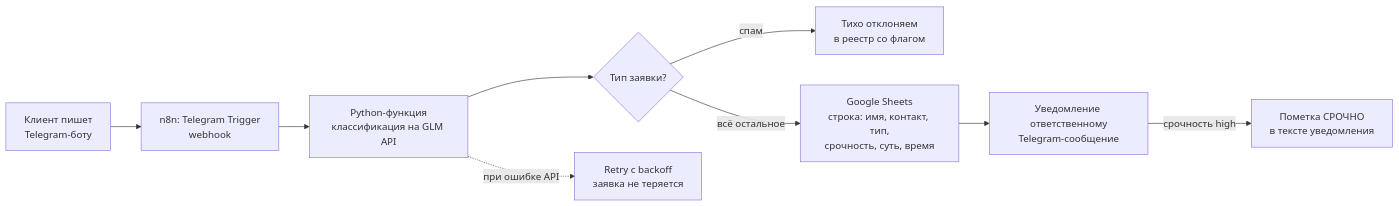
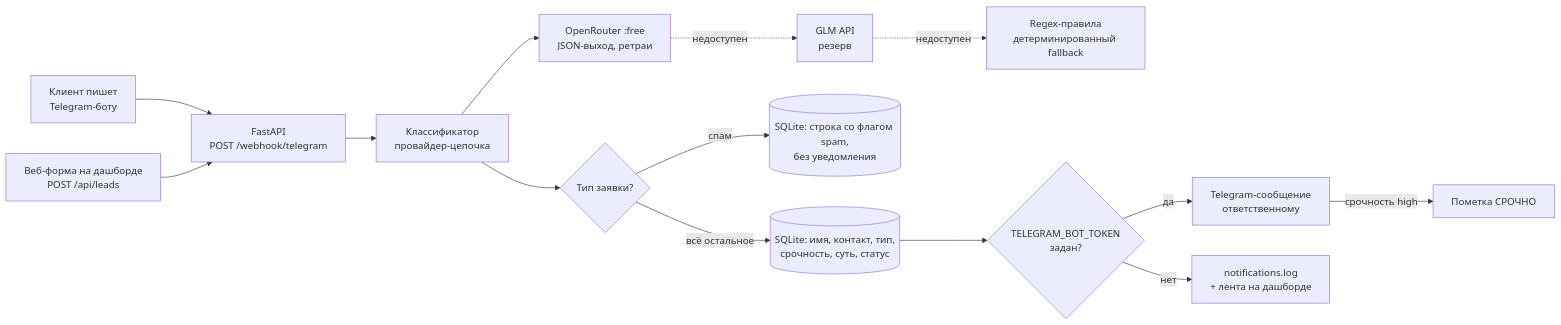
One commit to agenticflow64/lead-orchestrator changed the first of 2 diagrams in docs/architecture.md. Above: the diagram before and after it, drawn with Mermaid. The commit also changed other lines of this file and 8 other files, not shown here.

Commit message:
docs: real demo metrics, architecture and demo script updates

````diff
--- a/docs/architecture.md
+++ b/docs/architecture.md
@@ -5,11 +9,16 @@
 ```mermaid
 flowchart LR
-    A[Клиент пишет<br/>Telegram-боту] --> B[n8n: Telegram Trigger<br/>webhook]
-    B --> C[Python-функция<br/>классификация на GLM API]
+    A[Клиент пишет<br/>Telegram-боту] --> B[FastAPI<br/>POST /webhook/telegram]
+    W[Веб-форма на дашборде<br/>POST /api/leads] --> B
+    B --> C[Классификатор<br/>провайдер-цепочка]
+    C --> C1[OpenRouter :free<br/>JSON-выход, ретраи]
+    C1 -. недоступен .-> C2[GLM API<br/>резерв]
+    C2 -. недоступен .-> C3[Regex-правила<br/>детерминированный fallback]
     C --> D{Тип заявки?}
-    D -- спам --> E[Тихо отклоняем<br/>в реестр со флагом]
-    D -- всё остальное --> F[Google Sheets<br/>строка: имя, контакт, тип,<br/>срочность, суть, время]
-    F --> G[Уведомление ответственному<br/>Telegram-сообщение]
-    G -- срочность high --> H[Пометка СРОЧНО<br/>в тексте уведомления]
-    C -. при ошибке API .-> I[Retry с backoff<br/>заявка не теряется]
+    D -- спам --> E[(SQLite: строка со флагом spam,<br/>без уведомления)]
+    D -- всё остальное --> F[(SQLite: имя, контакт, тип,<br/>срочность, суть, статус)]
+    F --> G{TELEGRAM_BOT_TOKEN<br/>задан?}
+    G -- да --> H[Telegram-сообщение<br/>ответственному]
+    G -- нет --> I[notifications.log<br/>+ лента на дашборде]
+    H -- срочность high --> J[Пометка СРОЧНО]
 ```
````
